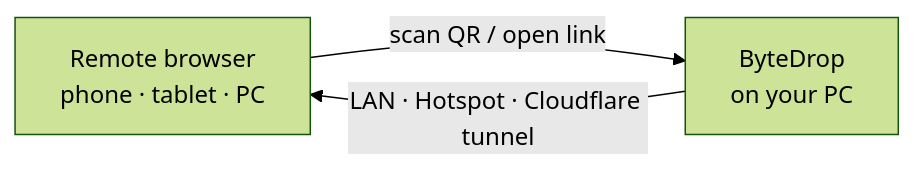
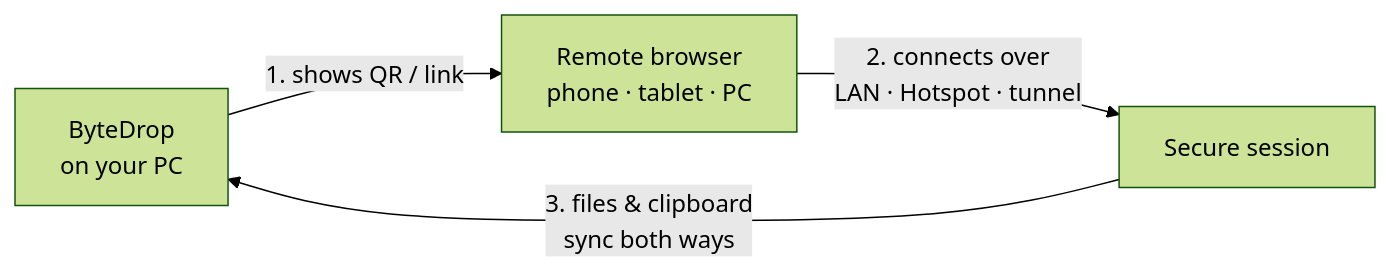
Before and after one commit to HusseinWalid48/ByteDrop: the diagram in README.md, drawn with Mermaid (forest theme).

Commit message:
Fix mermaid diagram layout (linear flow instead of overlapping arrows)

````diff
--- a/README.md
+++ b/README.md
@@ -46,5 +46,6 @@
 ```mermaid
 graph LR
-    A["Remote browser<br/>phone · tablet · PC"] -- "scan QR / open link" --> B["ByteDrop<br/>on your PC"]
-    B -- "LAN · Hotspot · Cloudflare tunnel" --> A
+    A["ByteDrop<br/>on your PC"] -- "1. shows QR / link" --> B["Remote browser<br/>phone · tablet · PC"]
+    B -- "2. connects over<br/>LAN · Hotspot · tunnel" --> C["Secure session"]
+    C -- "3. files & clipboard<br/>sync both ways" --> A
 ```
````
